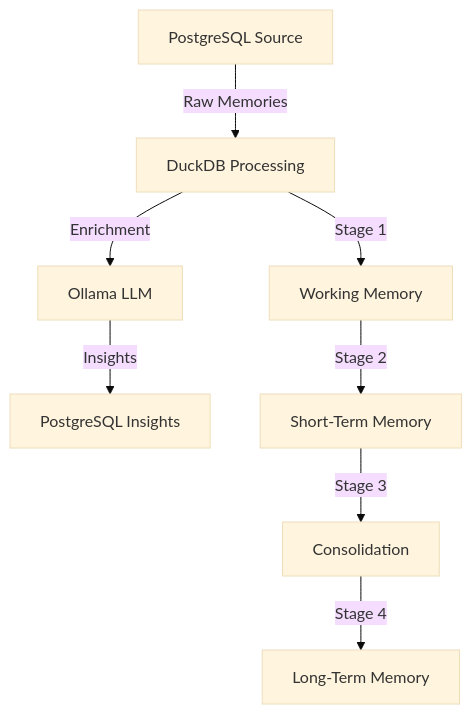
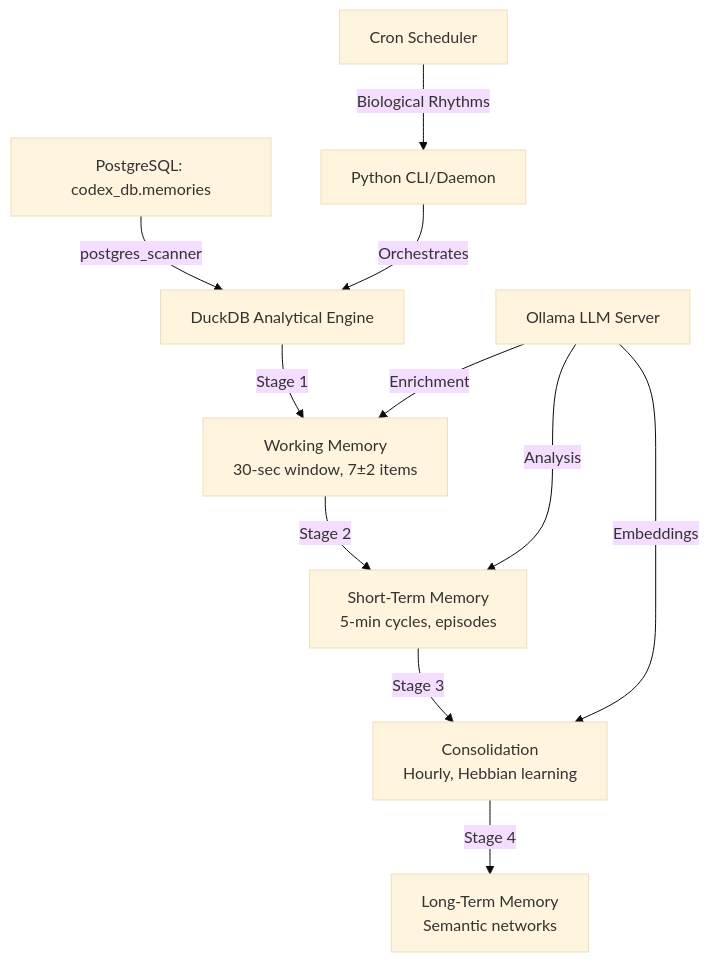
Before and after one commit to Ladvien/codex-dreams: the diagram in README.md, drawn with Mermaid (base theme). The commit also changed other lines of this file and 3 other files, not shown here.

````diff
--- a/README.md
+++ b/README.md
@@ -24,10 +32,15 @@
 ```mermaid
 graph TD
-    A[PostgreSQL Source] -->|Raw Memories| B[DuckDB Processing]
-    B -->|Enrichment| C[Ollama LLM]
-    C -->|Insights| D[PostgreSQL Insights]
-    B -->|Stage 1| E[Working Memory]
-    E -->|Stage 2| F[Short-Term Memory]
-    F -->|Stage 3| G[Consolidation]
-    G -->|Stage 4| H[Long-Term Memory]
+    A[PostgreSQL: codex_db.memories] -->|postgres_scanner| B[DuckDB Analytical Engine]
+    B -->|Stage 1| C[Working Memory<br/>30-sec window, 7±2 items]
+    C -->|Stage 2| D[Short-Term Memory<br/>5-min cycles, episodes]
+    D -->|Stage 3| E[Consolidation<br/>Hourly, Hebbian learning]
+    E -->|Stage 4| F[Long-Term Memory<br/>Semantic networks]
+    
+    G[Ollama LLM Server] -->|Enrichment| C
+    G -->|Analysis| D
+    G -->|Embeddings| E
+    
+    H[Python CLI/Daemon] -->|Orchestrates| B
+    I[Cron Scheduler] -->|Biological Rhythms| H
 ```
````
